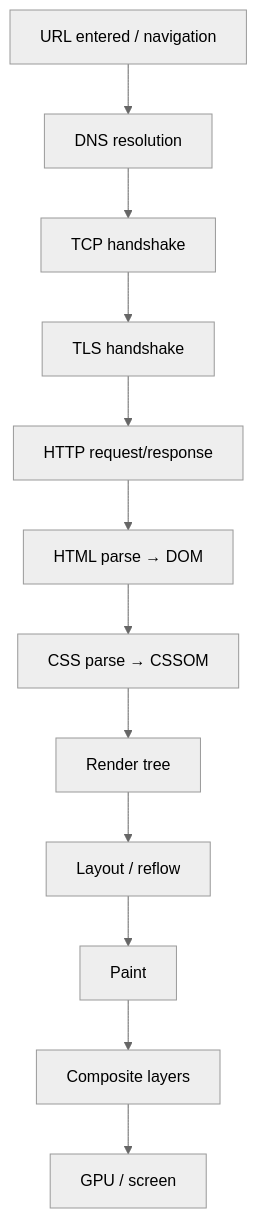
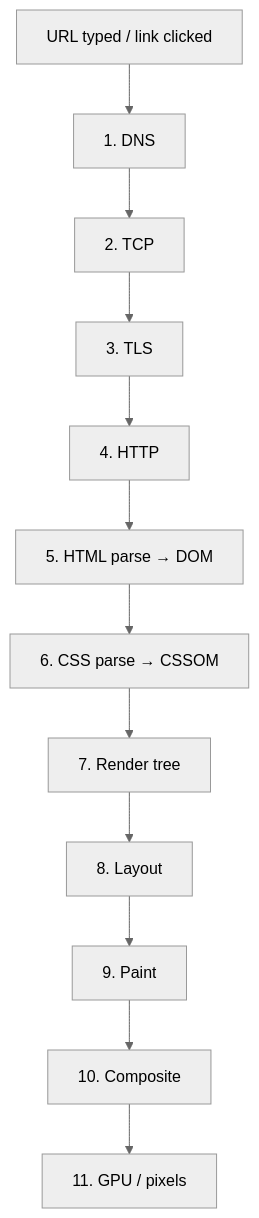
Before and after one commit to prajjwaljogdand/FullstackPreparation: the first of 7 diagrams in docs/javascript/20-rendering.md, drawn with Mermaid (neutral theme). The commit also changed other lines of this file and 91 other files, not shown here.

````diff
--- a/docs/javascript/20-rendering.md
+++ b/docs/javascript/20-rendering.md
@@ -7,14 +23,14 @@
 ```mermaid
 flowchart TB
-  url["URL entered / navigation"] --> dns["DNS resolution"]
-  dns --> tcp["TCP handshake"]
-  tcp --> tls["TLS handshake"]
-  tls --> http["HTTP request/response"]
-  http --> parse["HTML parse → DOM"]
-  parse --> css["CSS parse → CSSOM"]
-  css --> render["Render tree"]
-  render --> layout["Layout / reflow"]
-  layout --> paint["Paint"]
-  paint --> composite["Composite layers"]
-  composite --> gpu["GPU / screen"]
+  url["URL typed / link clicked"] --> dns["1. DNS"]
+  dns --> tcp["2. TCP"]
+  tcp --> tls["3. TLS"]
+  tls --> http["4. HTTP"]
+  http --> html["5. HTML parse → DOM"]
+  html --> css["6. CSS parse → CSSOM"]
+  css --> rt["7. Render tree"]
+  rt --> lay["8. Layout"]
+  lay --> paint["9. Paint"]
+  paint --> comp["10. Composite"]
+  comp --> gpu["11. GPU / pixels"]
 ```
````
